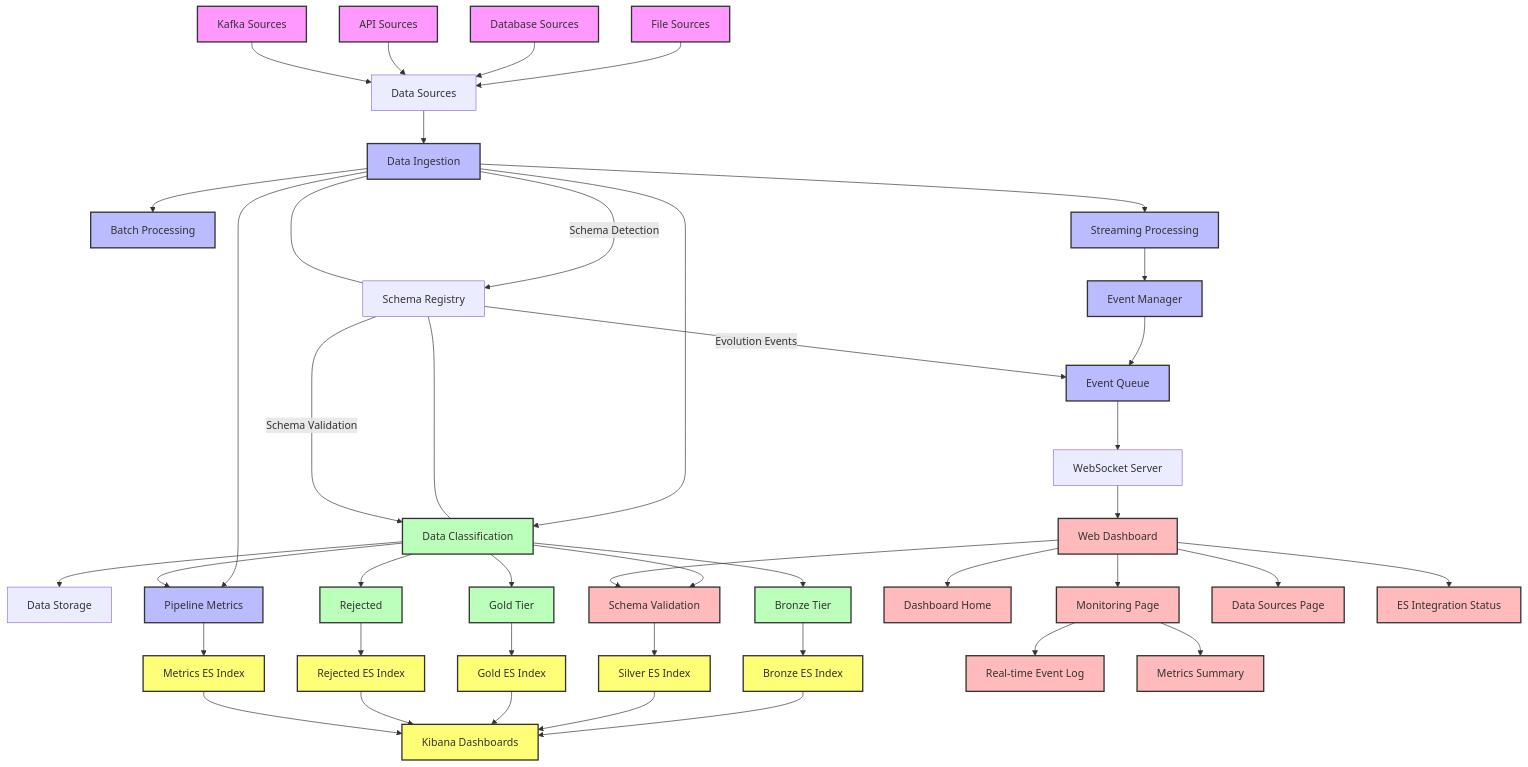
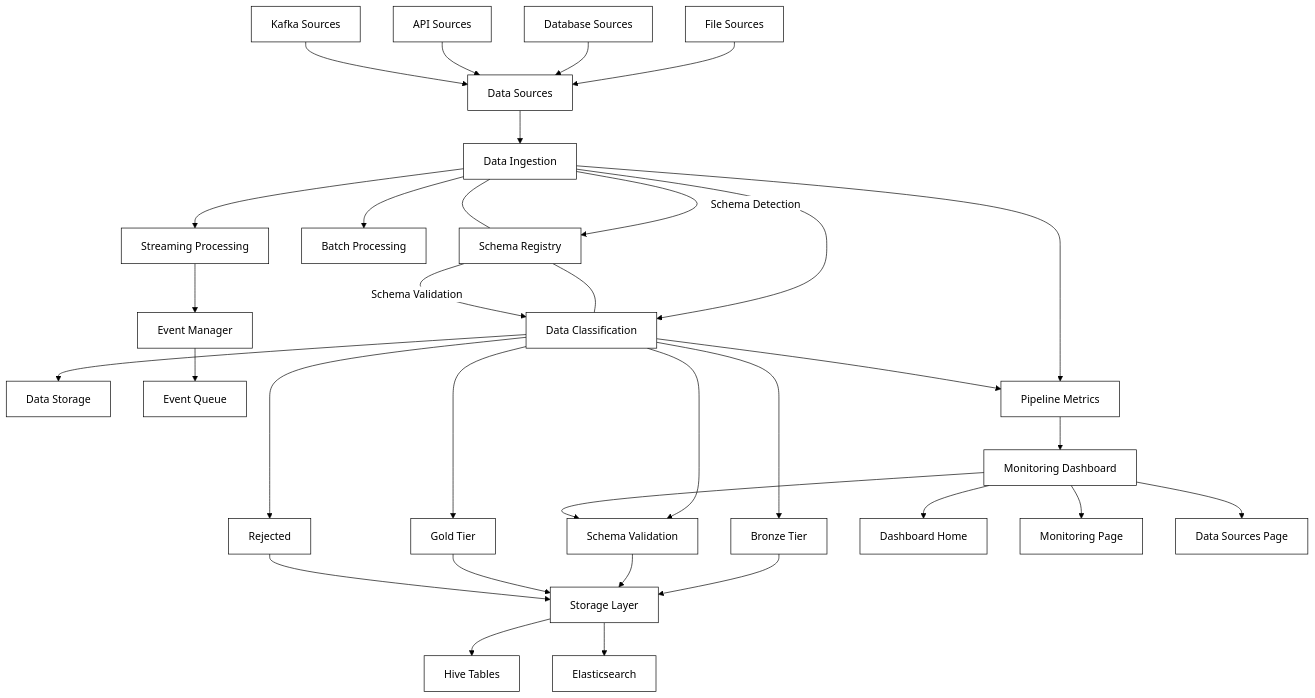
Before and after one commit to rahulbittu/DataIngestionPySpark: the diagram in README.md, drawn with Mermaid. The commit also changed other lines of this file, not shown here.

Commit message:
Update README to clarify dashboard features and data flow
Replit-Commit-Author: Agent
Replit-Commit-Session-Id: edb721cc-ffb8-4752-b65a-1e98cbc58eb4
Replit-Commit-Screenshot-Url: https://storage.googleapis.com/screenshot-production-us-central1/bd624b0b-2d67-4a1d-9047-48d405f658e8/90731d4b-d7e7-49d2-871c-6da8a5191dd0.jpg

````diff
--- a/README.md
+++ b/README.md
@@ -51,78 +51,55 @@
 ```mermaid
+%%{init: {'theme': 'base', 'themeVariables': { 'primaryColor': '#ffffff', 'primaryTextColor': '#000000', 'primaryBorderColor': '#000000', 'lineColor': '#000000', 'secondaryColor': '#ffffff', 'tertiaryColor': '#ffffff' }}}%%
 graph TD
     %% Main components
     DS[Data Sources] --> IN[Data Ingestion]
     IN --> CL[Data Classification]
     CL --> ST[Data Storage]
     SR[Schema Registry] --- IN
     SR --- CL
     
     %% Data sources
     DS_F[File Sources] --> DS
     DS_D[Database Sources] --> DS
     DS_A[API Sources] --> DS
     DS_K[Kafka Sources] --> DS
     
     %% Data ingestion and processing paths
     IN --> BP[Batch Processing]
     IN --> SP[Streaming Processing]
     
     %% Streaming mode details
     SP --> EM[Event Manager]
     EM --> EQ[Event Queue]
     
     %% Classification tiers
     CL --> BZ[Bronze Tier]
     CL --> SV[Silver Tier]
     CL --> GD[Gold Tier]
     CL --> RJ[Rejected]
     
-    %% Elasticsearch Integration
-    BZ --> ES_BZ[Bronze ES Index]
-    SV --> ES_SV[Silver ES Index]
-    GD --> ES_GD[Gold ES Index]
-    RJ --> ES_RJ[Rejected ES Index]
+    %% Storage Options
+    BZ --> S1[Storage Layer]
+    SV --> S1
+    GD --> S1
+    RJ --> S1
     
-    %% Pipeline Metrics to Elasticsearch 
+    %% Storage implementations
+    S1 --> H[Hive Tables]
+    S1 --> ES[Elasticsearch]
+    
+    %% Pipeline Metrics 
     IN --> MT[Pipeline Metrics]
     CL --> MT
-    MT --> ES_MT[Metrics ES Index]
-    
-    %% Kibana Dashboards
-    ES_BZ --> KB[Kibana Dashboards]
-    ES_SV --> KB
-    ES_GD --> KB
-    ES_RJ --> KB
-    ES_MT --> KB
-    
-    %% Web dashboard
-    EQ --> WS[WebSocket Server]
-    WS --> WD[Web Dashboard]
+    MT --> L[Monitoring Dashboard]
     
     %% Schema evolution
     IN -- Schema Detection --> SR
-    SR -- Evolution Events --> EQ
     SR -- Schema Validation --> CL
     
-    %% Web dashboard components
-    WD --> DH[Dashboard Home]
-    WD --> MP[Monitoring Page]
-    WD --> DSP[Data Sources Page]
-    WD --> SV[Schema Validation]
-    WD --> ELD[ES Integration Status]
-    MP --> RT[Real-time Event Log]
-    MP --> MS[Metrics Summary]
-    
-    %% Styling
-    classDef source fill:#f9f,stroke:#333,stroke-width:2px
-    classDef processing fill:#bbf,stroke:#333,stroke-width:2px
-    classDef classification fill:#bfb,stroke:#333,stroke-width:2px
-    classDef dashboard fill:#fbb,stroke:#333,stroke-width:2px
-    classDef elastic fill:#ff7, stroke:#333, stroke-width:2px
-    
-    class DS_F,DS_D,DS_A,DS_K source
-    class IN,BP,SP,EM,EQ,MT processing
-    class CL,BZ,SV,GD,RJ classification
-    class WD,DH,MP,DSP,SV,RT,MS,ELD dashboard
-    class ES_BZ,ES_SV,ES_GD,ES_RJ,ES_MT,KB elastic
+    %% Dashboard components
+    L --> DH[Dashboard Home]
+    L --> MP[Monitoring Page]
+    L --> DSP[Data Sources Page]
+    L --> SV[Schema Validation]
 ```
````
